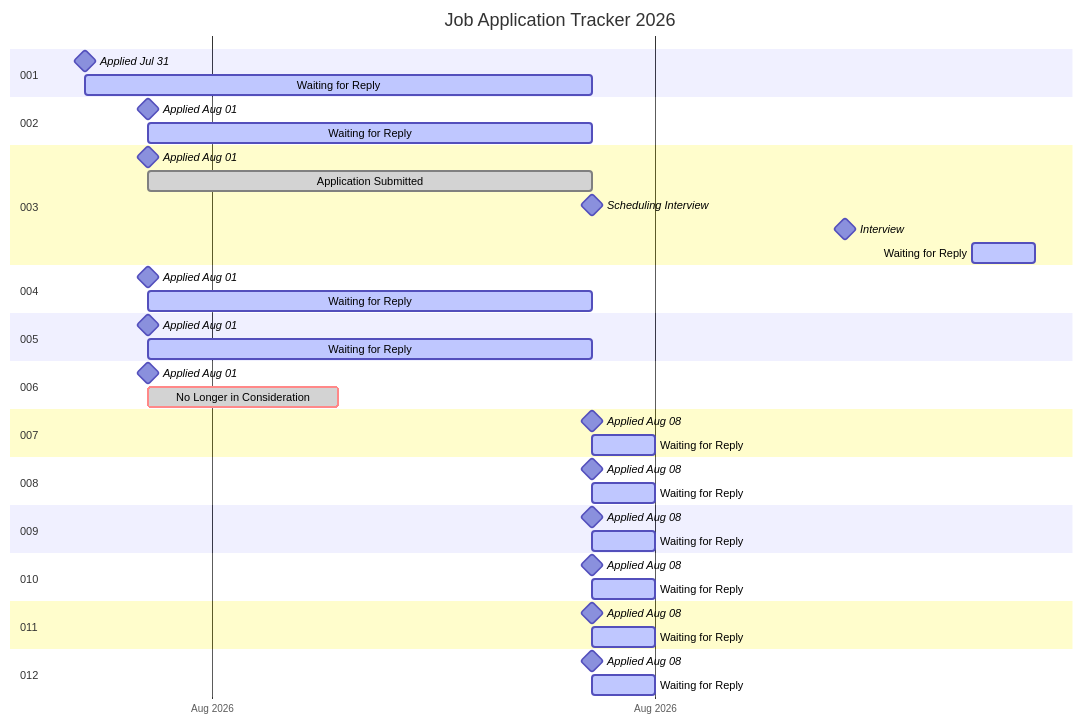
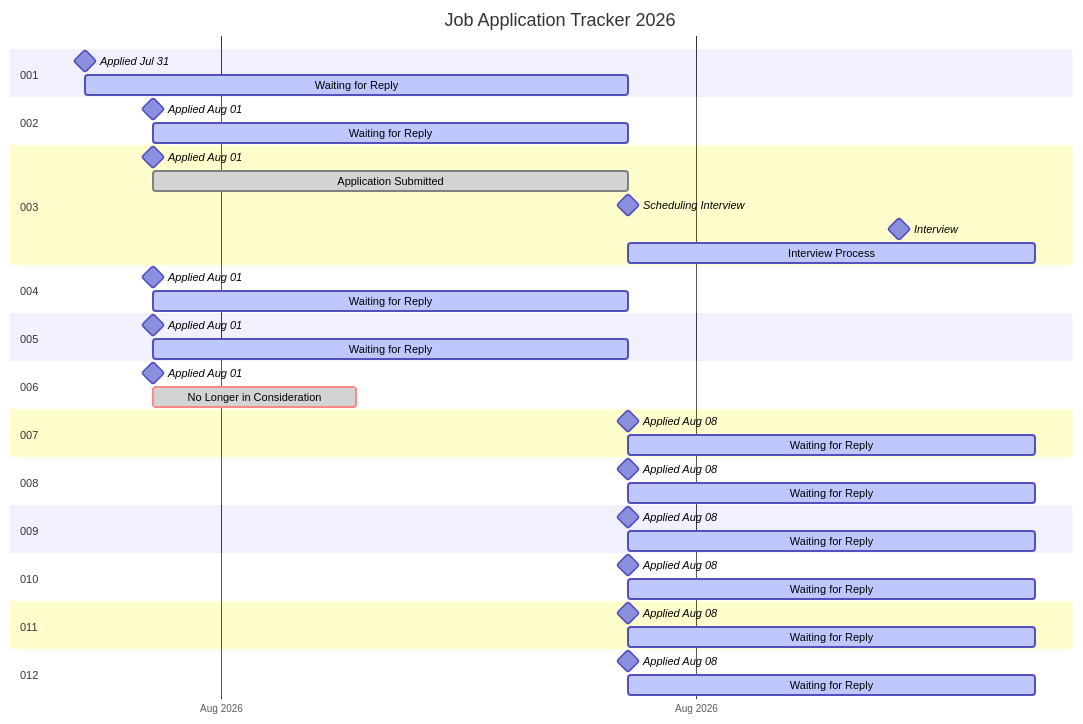
One commit to RileyBeenders/rileybeenders.com changed the diagram in README.md. Above: the diagram before and after it, drawn with Mermaid.

Commit message:
Update README.md
Date changed pt3?

````diff
--- a/README.md
+++ b/README.md
@@ -12,58 +12,58 @@
 ```mermaid
   gantt
     title Job Application Tracker 2026
     dateFormat YYYY-MM-DD
     tickInterval 1week
     axisFormat %b %Y
 
     section 001
     Applied Jul 31                  :milestone, 2026-07-31, 0d
     Waiting for Reply               :active, 2026-07-31, 8d
 
     section 002
     Applied Aug 01                  :milestone, 2026-08-01, 0d
     Waiting for Reply               :active, 2026-08-01, 7d
 
     section 003
     Applied Aug 01                  :milestone, 2026-08-01, 0d
     Application Submitted           :done, 2026-08-01, 7d
     Scheduling Interview            :milestone, 2026-08-08, 0d
     Interview                       :milestone, 2026-08-12, 0d
-    Waiting for Reply               :active, 2026-08-14, 1d
+    Interview Process               :active, 2026-08-08, 6d
 
     section 004
     Applied Aug 01                  :milestone, 2026-08-01, 0d
     Waiting for Reply               :active, 2026-08-01, 7d
 
     section 005
     Applied Aug 01                  :milestone, 2026-08-01, 0d
     Waiting for Reply               :active, 2026-08-01, 7d
 
     section 006
     Applied Aug 01                  :milestone, 2026-08-01, 0d
     No Longer in Consideration      :crit, done, 2026-08-01, 3d
 
     section 007
     Applied Aug 08                  :milestone, 2026-08-08, 0d
-    Waiting for Reply               :active, 2026-08-08, 1d
+    Waiting for Reply               :active, 2026-08-08, 6d
 
     section 008
     Applied Aug 08                  :milestone, 2026-08-08, 0d
-    Waiting for Reply               :active, 2026-08-08, 1d
+    Waiting for Reply               :active, 2026-08-08, 6d
 
     section 009
     Applied Aug 08                  :milestone, 2026-08-08, 0d
-    Waiting for Reply               :active, 2026-08-08, 1d
+    Waiting for Reply               :active, 2026-08-08, 6d
 
     section 010
     Applied Aug 08                  :milestone, 2026-08-08, 0d
-    Waiting for Reply               :active, 2026-08-08, 1d
+    Waiting for Reply               :active, 2026-08-08, 6d
 
     section 011
     Applied Aug 08                  :milestone, 2026-08-08, 0d
-    Waiting for Reply               :active, 2026-08-08, 1d
+    Waiting for Reply               :active, 2026-08-08, 6d
 
     section 012
     Applied Aug 08                  :milestone, 2026-08-08, 0d
-    Waiting for Reply               :active, 2026-08-08, 1d
+    Waiting for Reply               :active, 2026-08-08, 6d
 ```
````
